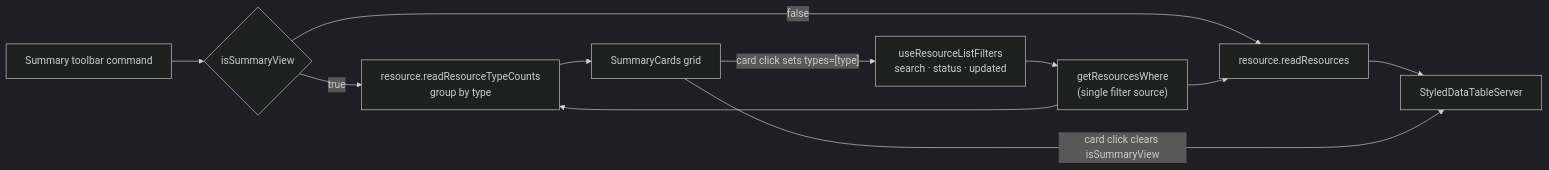
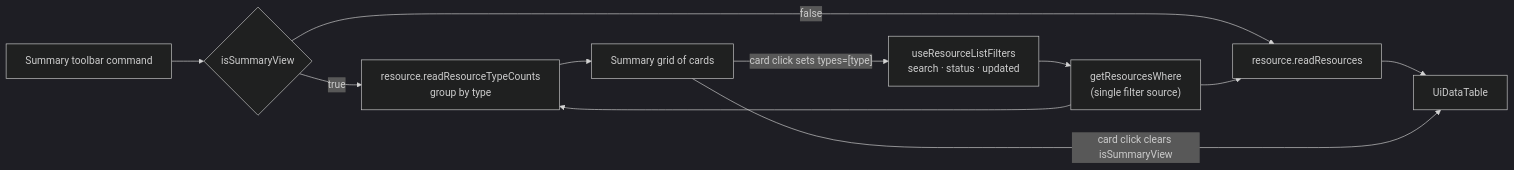
The diagram in apps/web/content/docs/resource/summary-view.md (Esposter/Esposter), drawn with Mermaid (dark theme) before and after one commit. The commit also changed other lines of this file and 13 other files, not shown here.

````diff
--- a/apps/web/content/docs/resource/summary-view.md
+++ b/apps/web/content/docs/resource/summary-view.md
@@ -16,11 +16,11 @@
 ```mermaid
 flowchart LR
   TOGGLE["Summary toolbar command"] --> MODE{"isSummaryView"}
   STATE["useResourceListFilters<br/>search · status · updated"] --> WHERE["getResourcesWhere<br/>(single filter source)"]
-  MODE -->|false| RR["resource.readResources"] --> TABLE["StyledDataTableServer"]
-  MODE -->|true| CBT["resource.readResourceTypeCounts<br/>group by type"] --> CARDS["SummaryCards grid"]
+  MODE -->|false| RR["resource.readResources"] --> TABLE["UiDataTable"]
+  MODE -->|true| CBT["resource.readResourceTypeCounts<br/>group by type"] --> CARDS["Summary grid of cards"]
   WHERE --> RR
   WHERE --> CBT
   CARDS -->|"card click sets types=[type]"| STATE
   CARDS -->|"card click clears isSummaryView"| TABLE
 ```
````
